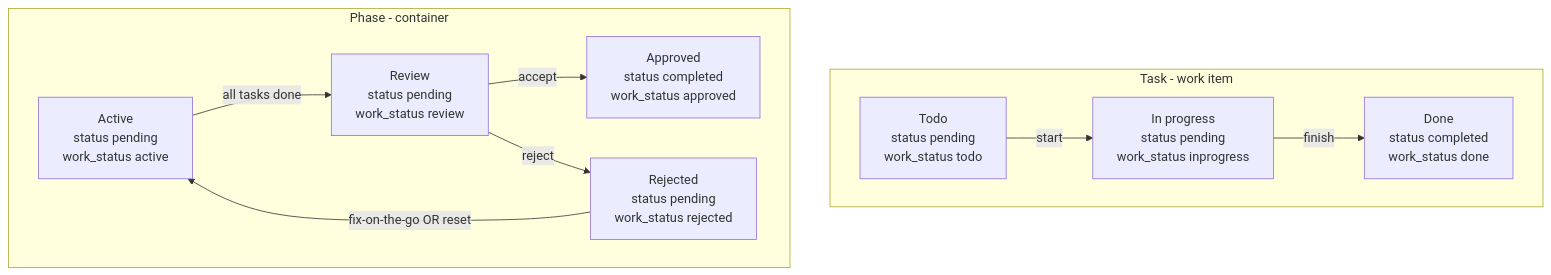
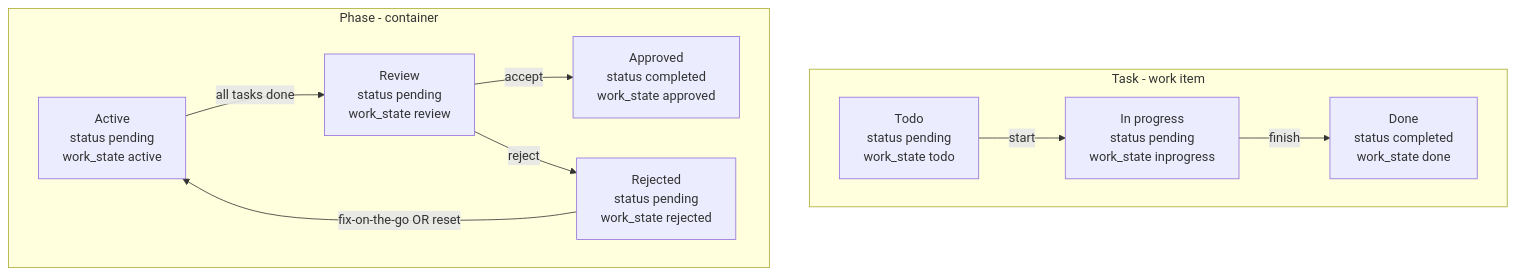
The third of 3 diagrams in README.md (matlockx/workflow), drawn with Mermaid before and after one commit. The commit also changed other lines of this file and 10 other files, not shown here.

````diff
--- a/README.md
+++ b/README.md
@@ -293,14 +309,14 @@
 ```mermaid
 flowchart TD
   subgraph T[Task - work item]
-    T1[Todo<br/>status pending<br/>work_status todo] -->|start| T2[In progress<br/>status pending<br/>work_status inprogress]
-    T2 -->|finish| T3[Done<br/>status completed<br/>work_status done]
+    T1[Todo<br/>status pending<br/>work_state todo] -->|start| T2[In progress<br/>status pending<br/>work_state inprogress]
+    T2 -->|finish| T3[Done<br/>status completed<br/>work_state done]
   end
 
   subgraph P[Phase - container]
-    P1[Active<br/>status pending<br/>work_status active] -->|all tasks done| P2[Review<br/>status pending<br/>work_status review]
-    P2 -->|accept| P3[Approved<br/>status completed<br/>work_status approved]
-    P2 -->|reject| P4[Rejected<br/>status pending<br/>work_status rejected]
+    P1[Active<br/>status pending<br/>work_state active] -->|all tasks done| P2[Review<br/>status pending<br/>work_state review]
+    P2 -->|accept| P3[Approved<br/>status completed<br/>work_state approved]
+    P2 -->|reject| P4[Rejected<br/>status pending<br/>work_state rejected]
     P4 -->|fix-on-the-go OR reset| P1
   end
 ```
````
